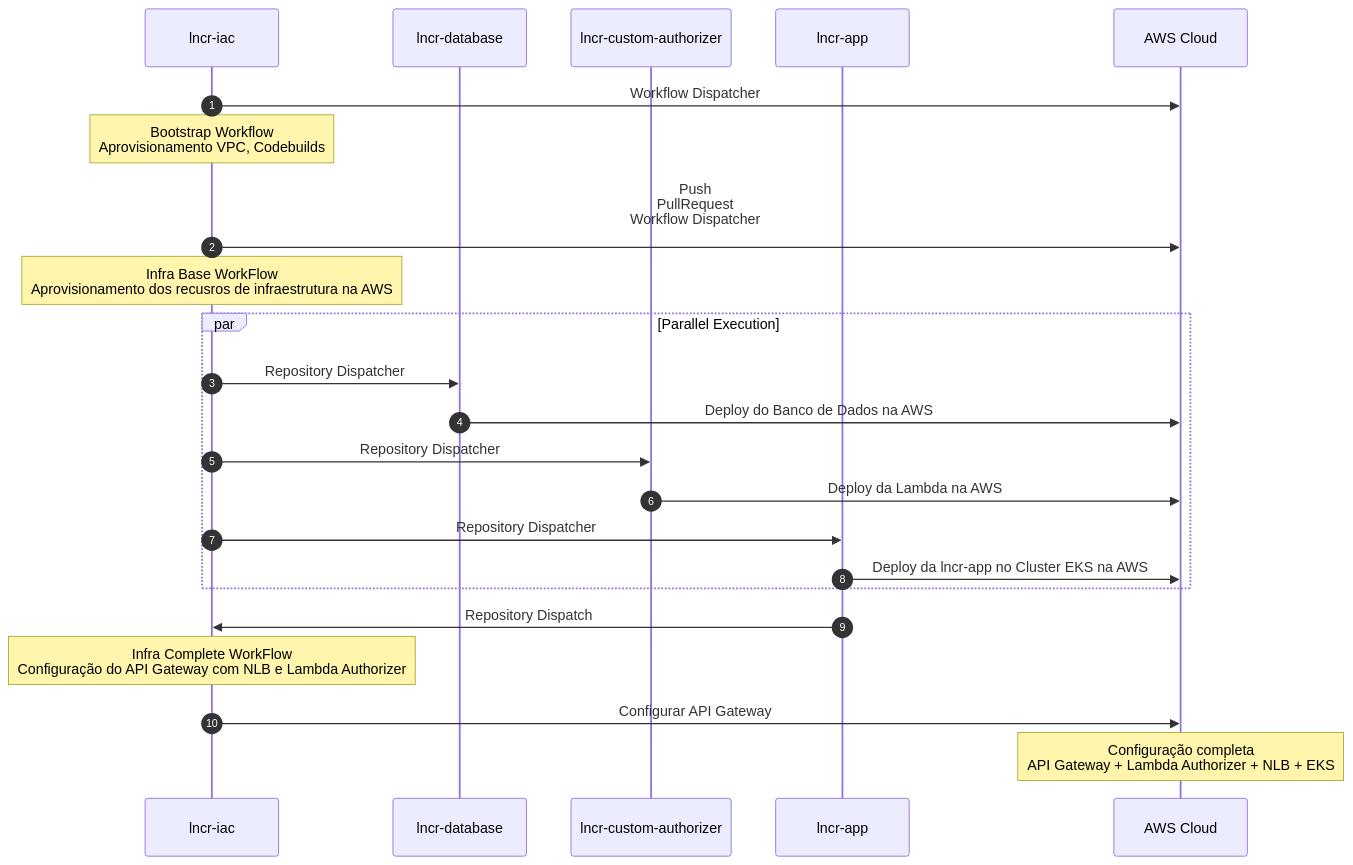
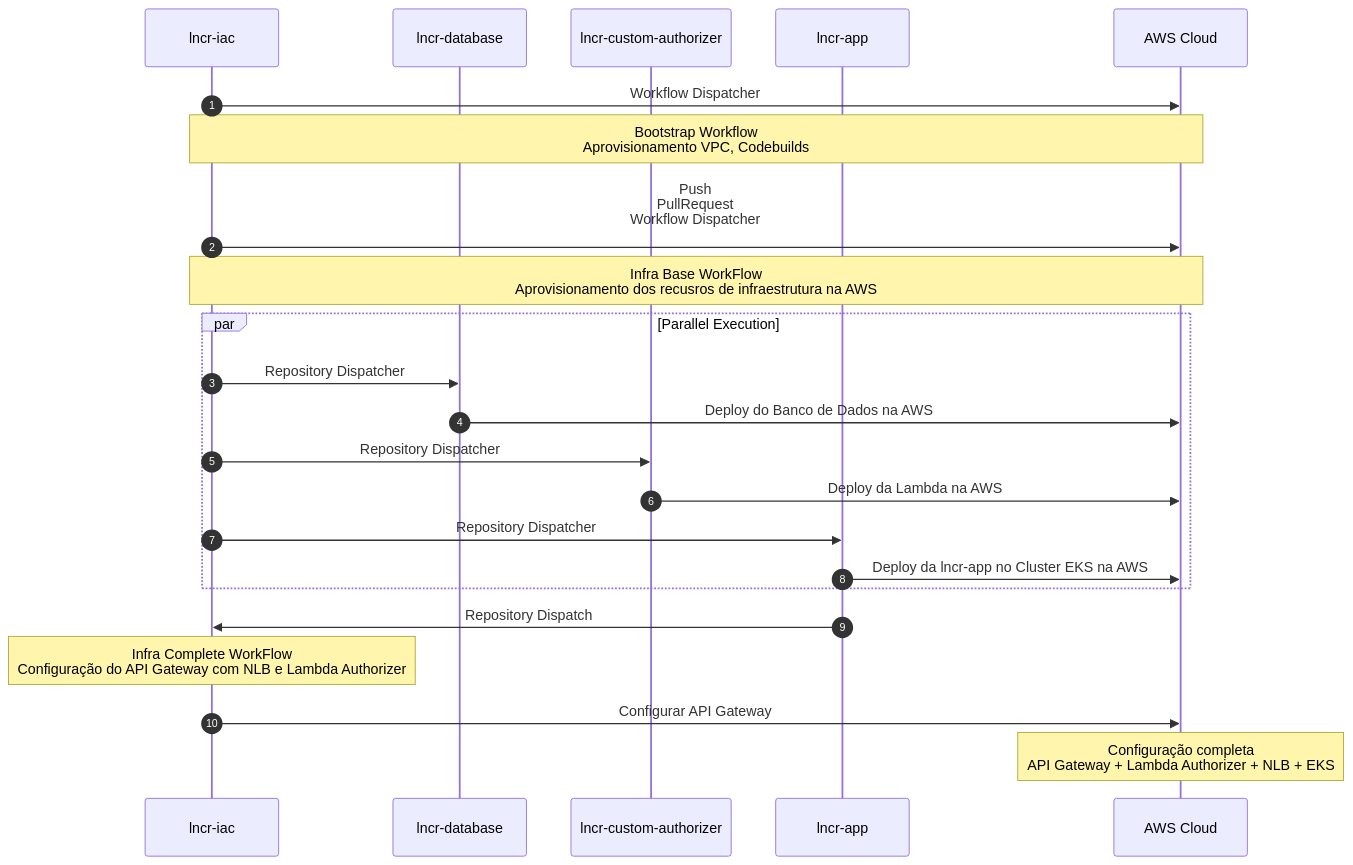
One commit to 11soat-f3-lanches-caieiras/.github changed the diagram in profile/README.md. Above: the diagram before and after it, drawn with Mermaid.

````diff
--- a/profile/README.md
+++ b/profile/README.md
@@ -189,30 +189,30 @@
 ```mermaid
 sequenceDiagram
     participant lncr-iac as lncr-iac
     participant DB as lncr-database
     participant lncr-custom-authorizer
     participant lncr-app
     participant aws as AWS Cloud
     
 
     autonumber
     lncr-iac->>aws: Workflow Dispatcher
-    Note over lncr-iac: Bootstrap Workflow<br>Aprovisionamento VPC, Codebuilds
+    Note over lncr-iac,aws: Bootstrap Workflow<br>Aprovisionamento VPC, Codebuilds
 
     lncr-iac->>aws: Push<br>PullRequest<br>Workflow Dispatcher<br>
-    Note over lncr-iac: Infra Base WorkFlow<br>Aprovisionamento dos recusros de infraestrutura na AWS
+    Note over lncr-iac,aws: Infra Base WorkFlow<br>Aprovisionamento dos recusros de infraestrutura na AWS
      
     par Parallel Execution
         lncr-iac->>DB: Repository Dispatcher
         DB->>aws: Deploy do Banco de Dados na AWS
         lncr-iac->>lncr-custom-authorizer:Repository Dispatcher
         lncr-custom-authorizer->>aws: Deploy da Lambda na AWS
         lncr-iac->>lncr-app:Repository Dispatcher
         lncr-app->>aws: Deploy da lncr-app no Cluster EKS na AWS
     end
     lncr-app->>lncr-iac: Repository Dispatch
     note over lncr-iac: Infra Complete WorkFlow<br>Configuração do API Gateway com NLB e Lambda Authorizer
     lncr-iac->>aws: Configurar API Gateway
     note over aws: Configuração completa<br>API Gateway + Lambda Authorizer + NLB + EKS
     
 ```
````
